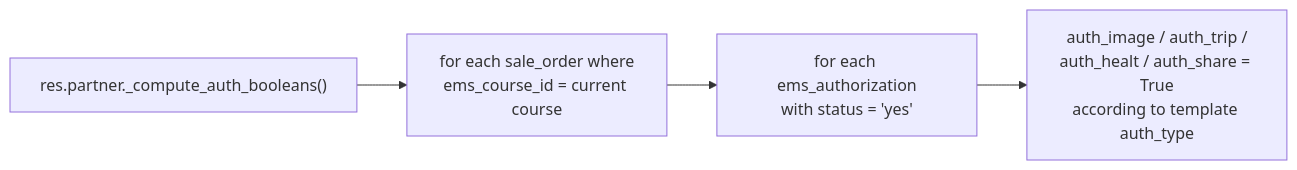
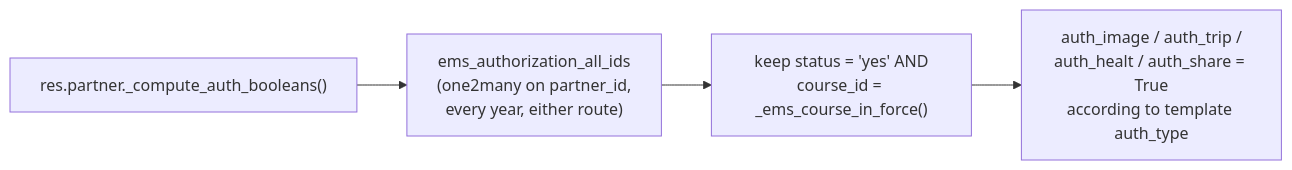
One commit to ElPuig/EMS changed the second of 4 diagrams in docs/en/developers/enrollment/authorization.md. Above: the diagram before and after it, drawn with Mermaid. The commit also changed other lines of this file and 186 other files, not shown here.

````diff
--- a/docs/en/developers/enrollment/authorization.md
+++ b/docs/en/developers/enrollment/authorization.md
@@ -91,6 +244,6 @@
 ```mermaid
 flowchart LR
-    A["res.partner._compute_auth_booleans()"] --> B["for each sale_order where\nems_course_id = current course"]
-    B --> C["for each ems_authorization\nwith status = 'yes'"]
+    A["res.partner._compute_auth_booleans()"] --> B["ems_authorization_all_ids\n(one2many on partner_id,\nevery year, either route)"]
+    B --> C["keep status = 'yes' AND\ncourse_id = _ems_course_in_force()"]
     C --> D["auth_image / auth_trip /\nauth_healt / auth_share = True\naccording to template auth_type"]
 ```
````
